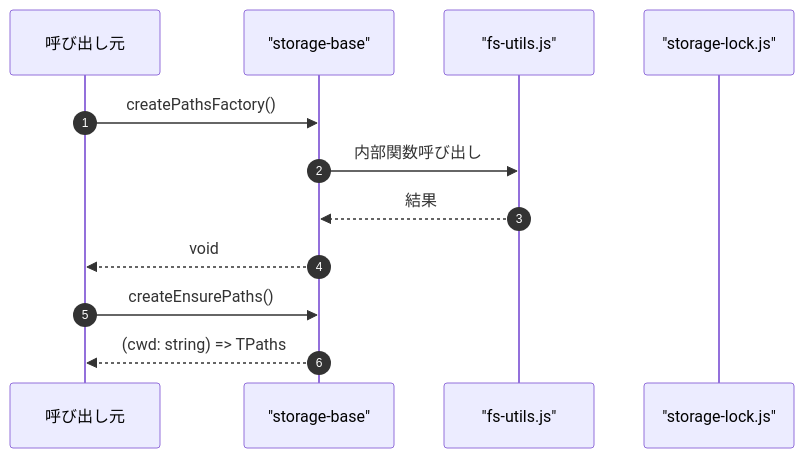
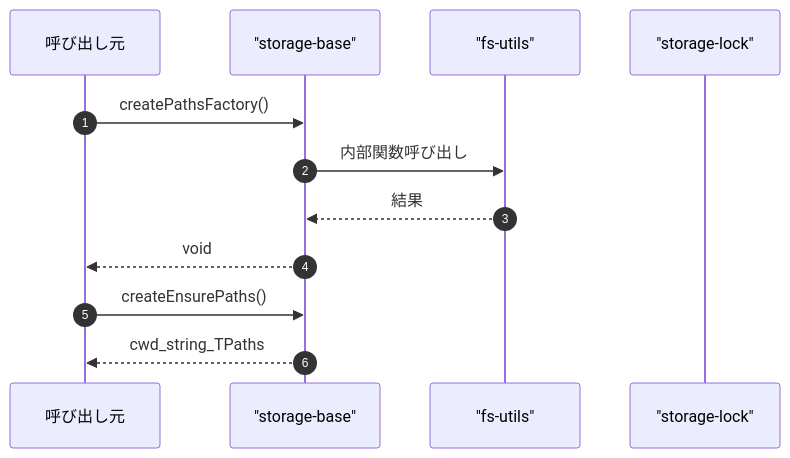
The fourth of 4 diagrams in ABDD/.pi/lib/storage-base.md (Mekann2904/mekann), drawn with Mermaid before and after one commit. The commit also changed other lines of this file and 174 other files, not shown here.

First line of the commit message:
fix(docs): ABDDのMermaid図生成エラーを修正する

````diff
--- a/ABDD/.pi/lib/storage-base.md
+++ b/ABDD/.pi/lib/storage-base.md
@@ -129,16 +129,16 @@
 ```mermaid
 sequenceDiagram
   autonumber
   participant Caller as 呼び出し元
   participant storage_base as "storage-base"
-  participant fs_utils_js as "fs-utils.js"
-  participant storage_lock_js as "storage-lock.js"
+  participant fs_utils as "fs-utils"
+  participant storage_lock as "storage-lock"
 
   Caller->>storage_base: createPathsFactory()
-  storage_base->>fs_utils_js: 内部関数呼び出し
-  fs_utils_js-->>storage_base: 結果
+  storage_base->>fs_utils: 内部関数呼び出し
+  fs_utils-->>storage_base: 結果
   storage_base-->>Caller: void
 
   Caller->>storage_base: createEnsurePaths()
-  storage_base-->>Caller: (cwd: string) => TPaths
+  storage_base-->>Caller: cwd_string_TPaths
 ```
````
